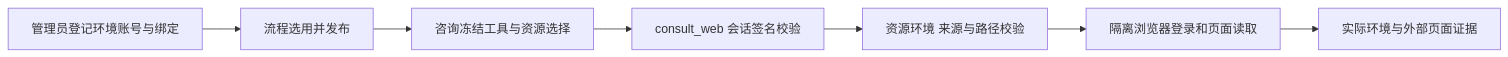
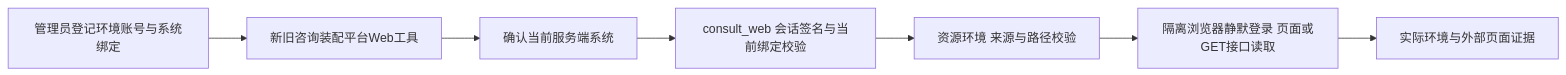
Diagram 45 of 49 in docs/ai-coding-architecture.md (exception-coder/kai-toolbox), drawn with Mermaid before and after one commit. The commit also changed other lines of this file and 15 other files, not shown here.

````diff
--- a/docs/ai-coding-architecture.md
+++ b/docs/ai-coding-architecture.md
@@ -1165,9 +1165,9 @@
 ```mermaid
 flowchart LR
-  A[管理员登记环境账号与绑定] --> B[流程选用并发布]
-  B --> C[咨询冻结工具与资源选择]
-  C --> D[consult_web 会话签名校验]
+  A[管理员登记环境账号与系统绑定] --> B[新旧咨询装配平台Web工具]
+  B --> C[确认当前服务端系统]
+  C --> D[consult_web 会话签名与当前绑定校验]
   D --> E[资源环境 来源与路径校验]
-  E --> F[隔离浏览器登录和页面读取]
+  E --> F[隔离浏览器静默登录 页面或GET接口读取]
   F --> G[实际环境与外部页面证据]
 ```
````
